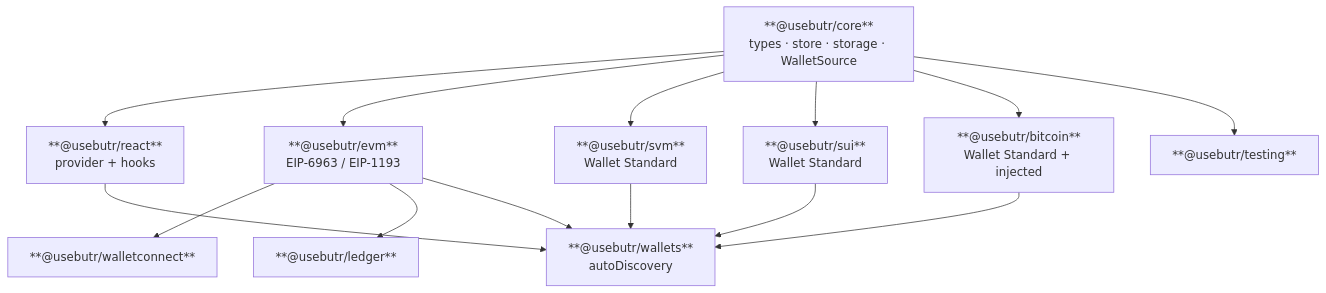
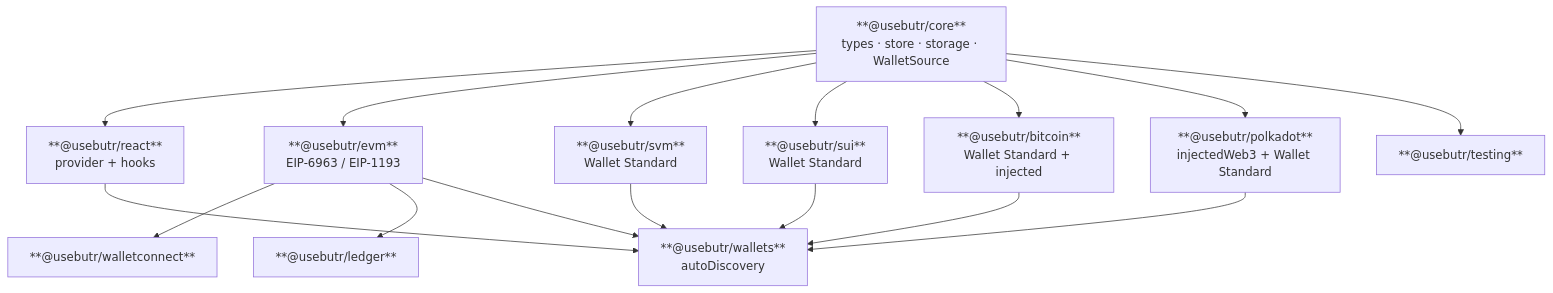
Before and after one commit to pedroapfilho/usebutr: the diagram in README.md, drawn with Mermaid. The commit also changed other lines of this file and 71 other files, not shown here.

````diff
--- a/README.md
+++ b/README.md
@@ -122,27 +124,30 @@
 ```mermaid
 graph TD
   core["**@usebutr/core**<br>types · store · storage · WalletSource"]
   react["**@usebutr/react**<br>provider + hooks"]
   evm["**@usebutr/evm**<br>EIP-6963 / EIP-1193"]
   svm["**@usebutr/svm**<br>Wallet Standard"]
   sui["**@usebutr/sui**<br>Wallet Standard"]
   btc["**@usebutr/bitcoin**<br>Wallet Standard + injected"]
+  dot["**@usebutr/polkadot**<br>injectedWeb3 + Wallet Standard"]
   wallets["**@usebutr/wallets**<br>autoDiscovery"]
   wc["**@usebutr/walletconnect**"]
   ledger["**@usebutr/ledger**"]
   testing["**@usebutr/testing**"]
 
   core --> react
   core --> evm
   core --> svm
   core --> sui
   core --> btc
+  core --> dot
   core --> testing
   evm --> wc
   evm --> ledger
   react --> wallets
   evm --> wallets
   svm --> wallets
   sui --> wallets
   btc --> wallets
+  dot --> wallets
 ```
````
